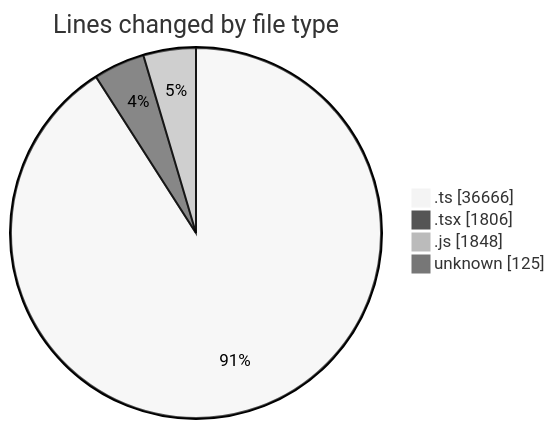
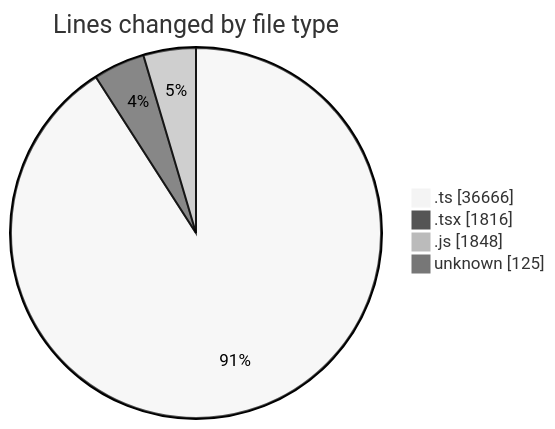
One commit to momahboobian/code-tracking changed the first of 2 diagrams in 2026-09-18/cda/README.md. Above: the diagram before and after it, drawn with Mermaid (neutral theme). The commit also changed other lines of this file and 1 other file, not shown here.

````diff
--- a/2026-09-18/cda/README.md
+++ b/2026-09-18/cda/README.md
@@ -41,8 +41,8 @@
 ```mermaid
 pie showData
 title Lines changed by file type
 ".ts" : 36666
-".tsx" : 1806
+".tsx" : 1816
 ".js" : 1848
 "unknown" : 125
 ```
````
